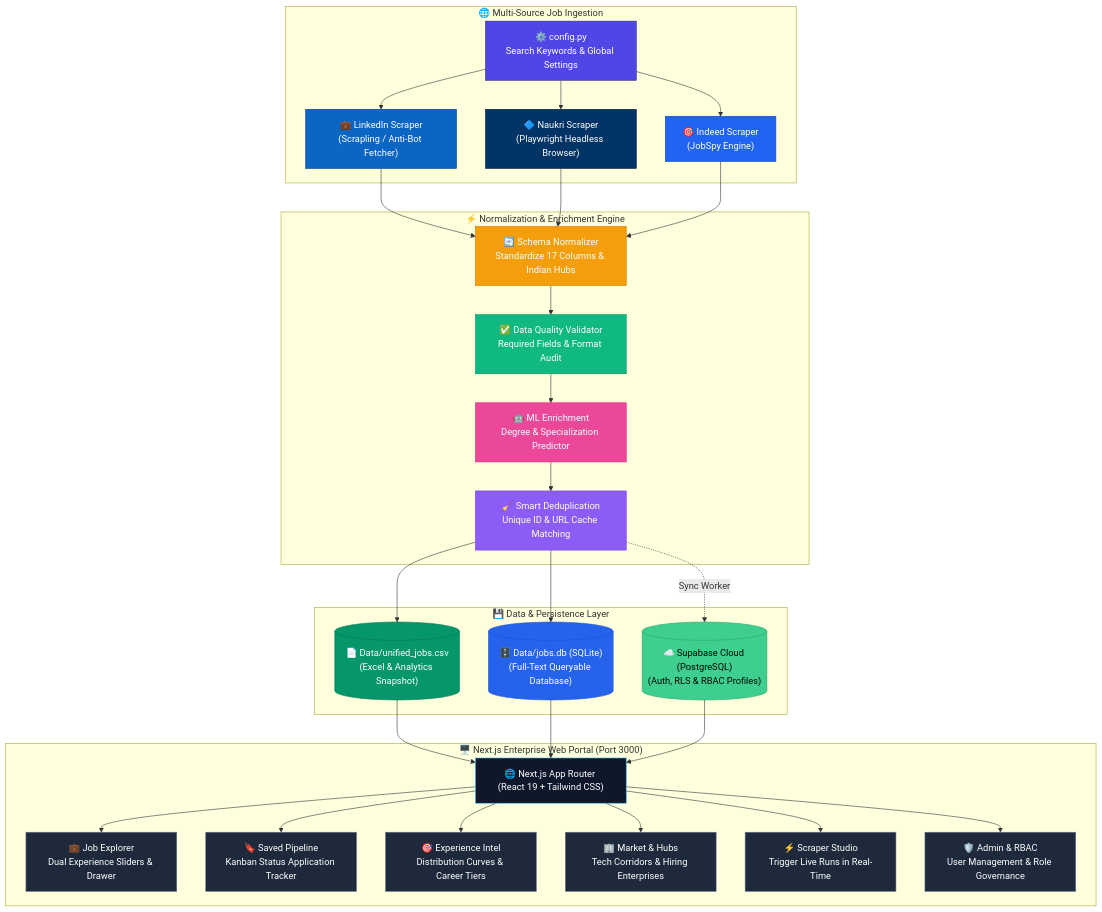
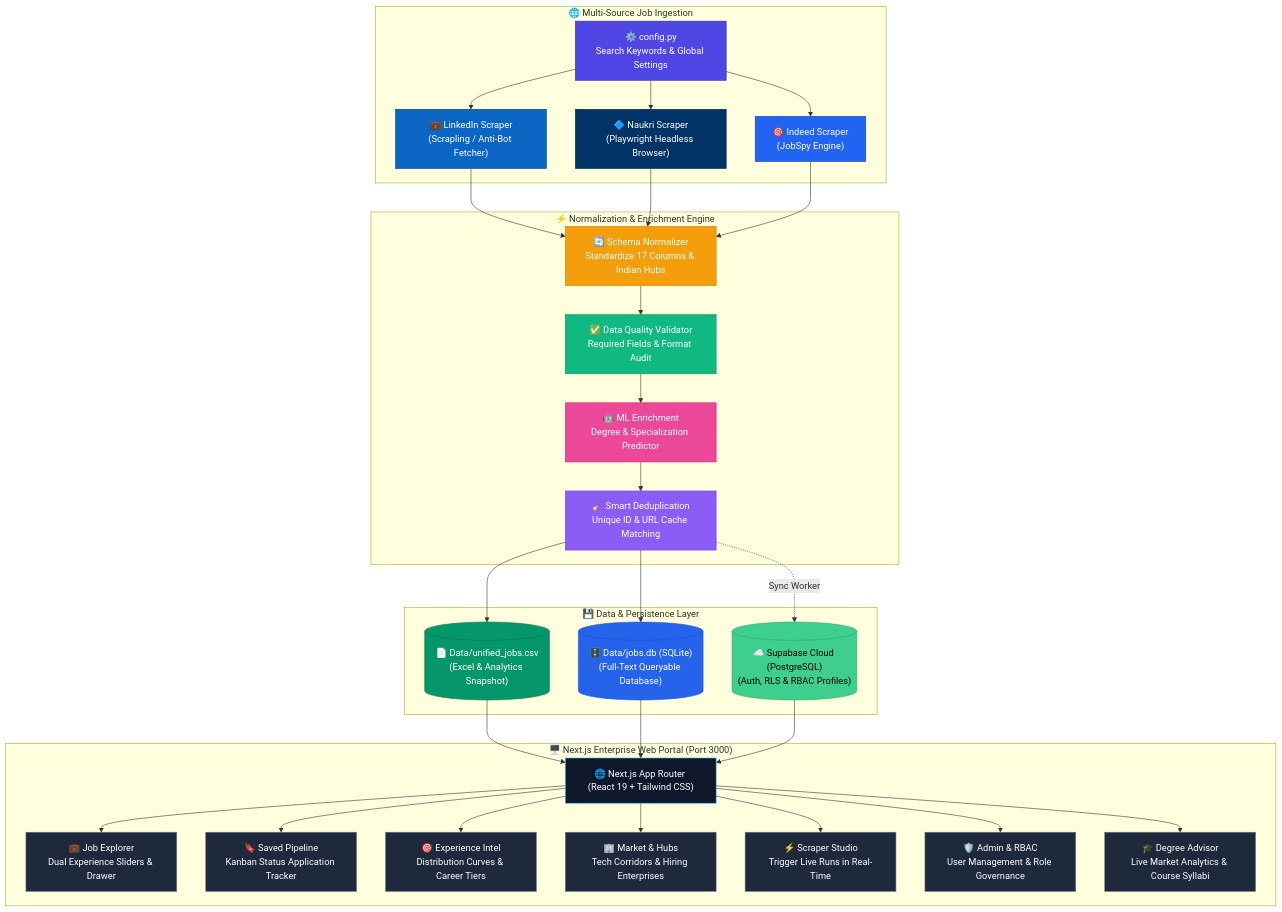
Before and after one commit to Kokss28/Job_Scraper: the diagram in README.md, drawn with Mermaid. The commit also changed other lines of this file and 1 other file, not shown here.

Commit message:
docs: add Screen 7 Academic Degree Career Advisor to README with workflow diagram, screenshot, and feature breakdown

````diff
--- a/README.md
+++ b/README.md
@@ -39,76 +40,79 @@
 ```mermaid
 flowchart TD
     subgraph SOURCING ["🌐 Multi-Source Job Ingestion"]
         CFG["⚙️ config.py<br/>Search Keywords & Global Settings"]
         LI["💼 LinkedIn Scraper<br/>(Scrapling / Anti-Bot Fetcher)"]
         NK["🔷 Naukri Scraper<br/>(Playwright Headless Browser)"]
         IN["🎯 Indeed Scraper<br/>(JobSpy Engine)"]
         CFG --> LI
         CFG --> NK
         CFG --> IN
     end
 
     subgraph PROCESSING ["⚡ Normalization & Enrichment Engine"]
         NORM["🔄 Schema Normalizer<br/>Standardize 17 Columns & Indian Hubs"]
         VAL["✅ Data Quality Validator<br/>Required Fields & Format Audit"]
         ML["🤖 ML Enrichment<br/>Degree & Specialization Predictor"]
         DEDUP["🧹 Smart Deduplication<br/>Unique ID & URL Cache Matching"]
         
         LI --> NORM
         NK --> NORM
         IN --> NORM
         NORM --> VAL
         VAL --> ML
         ML --> DEDUP
     end
 
     subgraph STORAGE ["💾 Data & Persistence Layer"]
         CSV[("📄 Data/unified_jobs.csv<br/>(Excel & Analytics Snapshot)")]
         SQL[("🗄️ Data/jobs.db (SQLite)<br/>(Full-Text Queryable Database)")]
         SUPA[("☁️ Supabase Cloud (PostgreSQL)<br/>(Auth, RLS & RBAC Profiles)")]
         
         DEDUP --> CSV
         DEDUP --> SQL
         DEDUP -.->|Sync Worker| SUPA
     end
 
     subgraph WEBAPP ["🖥️ Next.js Enterprise Web Portal (Port 3000)"]
         PORTAL["🌐 Next.js App Router (React 19 + Tailwind CSS)"]
         CSV --> PORTAL
         SQL --> PORTAL
         SUPA --> PORTAL
 
         P1["💼 Job Explorer<br/>Dual Experience Sliders & Drawer"]
         P2["🔖 Saved Pipeline<br/>Kanban Status Application Tracker"]
         P3["🎯 Experience Intel<br/>Distribution Curves & Career Tiers"]
         P4["🏢 Market & Hubs<br/>Tech Corridors & Hiring Enterprises"]
         P5["⚡ Scraper Studio<br/>Trigger Live Runs in Real-Time"]
         P6["🛡️ Admin & RBAC<br/>User Management & Role Governance"]
+        P7["🎓 Degree Advisor<br/>Live Market Analytics & Course Syllabi"]
 
         PORTAL --> P1
         PORTAL --> P2
         PORTAL --> P3
         PORTAL --> P4
         PORTAL --> P5
         PORTAL --> P6
+        PORTAL --> P7
     end
 
     style CFG fill:#4F46E5,color:#fff,stroke:#312E81
     style LI fill:#0A66C2,color:#fff,stroke:#004182
     style NK fill:#003366,color:#fff,stroke:#001F3F
     style IN fill:#2164f3,color:#fff,stroke:#0d47a1
     style NORM fill:#F59E0B,color:#fff,stroke:#D97706
     style VAL fill:#10B981,color:#fff,stroke:#059669
     style ML fill:#EC4899,color:#fff,stroke:#DB2777
     style DEDUP fill:#8B5CF6,color:#fff,stroke:#7C3AED
     style CSV fill:#059669,color:#fff,stroke:#047857
     style SQL fill:#2563EB,color:#fff,stroke:#1D4ED8
     style SUPA fill:#3ECF8E,color:#000,stroke:#2BA36D
     style PORTAL fill:#0F172A,color:#fff,stroke:#38BDF8
     style P1 fill:#1E293B,color:#fff,stroke:#64748B
     style P2 fill:#1E293B,color:#fff,stroke:#64748B
     style P3 fill:#1E293B,color:#fff,stroke:#64748B
     style P4 fill:#1E293B,color:#fff,stroke:#64748B
     style P5 fill:#1E293B,color:#fff,stroke:#64748B
     style P6 fill:#1E293B,color:#fff,stroke:#64748B
+    style P7 fill:#1E293B,color:#fff,stroke:#64748B
 ```
````
